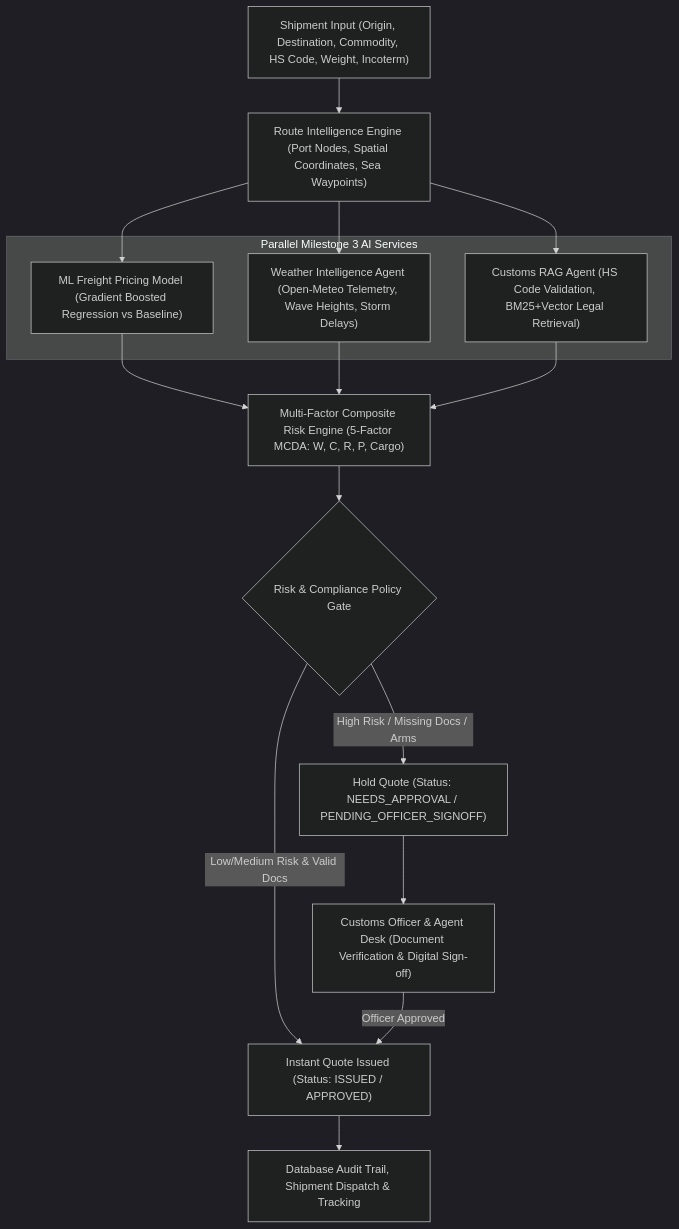
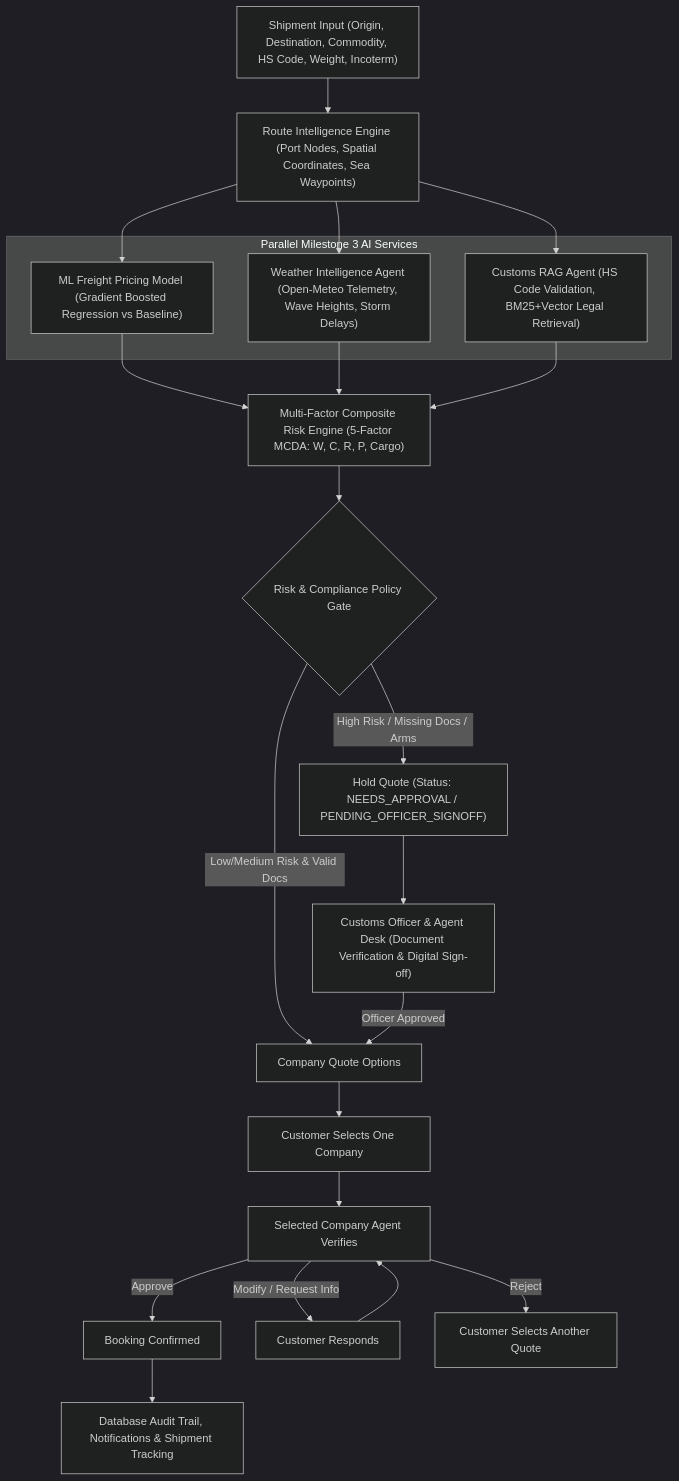
The diagram in README.md (biswapulan/Freight_Quote_Generation_System_Grp), drawn with Mermaid (dark theme) before and after one commit. The commit also changed other lines of this file, not shown here.

````diff
--- a/README.md
+++ b/README.md
@@ -23,27 +23,32 @@
 ```mermaid
 flowchart TD
     A["Shipment Input (Origin, Destination, Commodity, HS Code, Weight, Incoterm)"] --> B["Route Intelligence Engine (Port Nodes, Spatial Coordinates, Sea Waypoints)"]
     
     subgraph Parallel_M3_Intelligence["Parallel Milestone 3 AI Services"]
         C1["ML Freight Pricing Model (Gradient Boosted Regression vs Baseline)"]
         C2["Weather Intelligence Agent (Open-Meteo Telemetry, Wave Heights, Storm Delays)"]
         C3["Customs RAG Agent (HS Code Validation, BM25+Vector Legal Retrieval)"]
     end
 
     B --> C1
     B --> C2
     B --> C3
     
     C1 --> D["Multi-Factor Composite Risk Engine (5-Factor MCDA: W, C, R, P, Cargo)"]
     C2 --> D
     C3 --> D
     
     D --> E{"Risk & Compliance Policy Gate"}
-    E -- "Low/Medium Risk & Valid Docs" --> F["Instant Quote Issued (Status: ISSUED / APPROVED)"]
+    E -- "Low/Medium Risk & Valid Docs" --> F["Company Quote Options"]
     E -- "High Risk / Missing Docs / Arms" --> G["Hold Quote (Status: NEEDS_APPROVAL / PENDING_OFFICER_SIGNOFF)"]
     
     G --> H["Customs Officer & Agent Desk (Document Verification & Digital Sign-off)"]
     H -- "Officer Approved" --> F
-    
-    F --> I["Database Audit Trail, Shipment Dispatch & Tracking"]
+    F --> I["Customer Selects One Company"]
+    I --> J["Selected Company Agent Verifies"]
+    J -- "Approve" --> K["Booking Confirmed"]
+    J -- "Modify / Request Info" --> L["Customer Responds"]
+    L --> J
+    J -- "Reject" --> M["Customer Selects Another Quote"]
+    K --> N["Database Audit Trail, Notifications & Shipment Tracking"]
 ```
````
